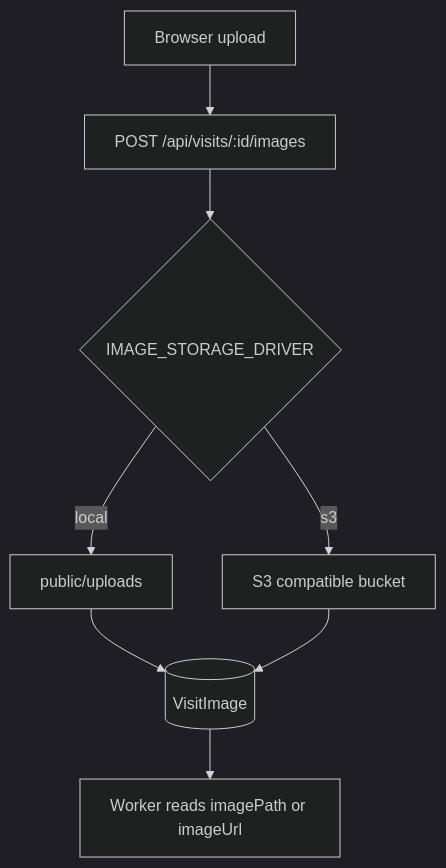
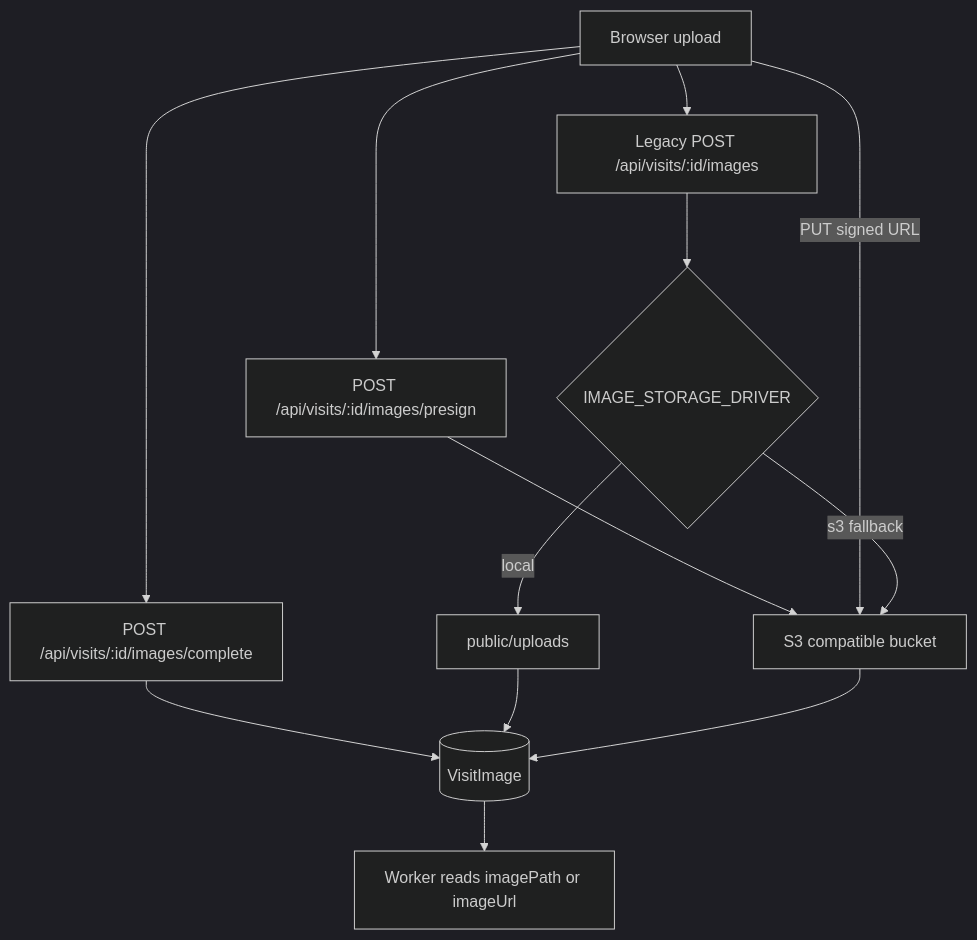
The first of 2 diagrams in docs/systems/storage-and-offline-sync.md (NFRohan/RetailOS-Lite), drawn with Mermaid (dark theme) before and after one commit. The commit also changed other lines of this file and 6 other files, not shown here.

````diff
--- a/docs/systems/storage-and-offline-sync.md
+++ b/docs/systems/storage-and-offline-sync.md
@@ -11,15 +11,21 @@
 ```mermaid
 flowchart TD
   Browser[Browser upload]
-  API[POST /api/visits/:id/images]
+  Presign[POST /api/visits/:id/images/presign]
+  Complete[POST /api/visits/:id/images/complete]
+  API[Legacy POST /api/visits/:id/images]
   Driver{IMAGE_STORAGE_DRIVER}
   Local[public/uploads]
   S3[S3 compatible bucket]
   DB[(VisitImage)]
   Worker[Worker reads imagePath or imageUrl]
 
+  Browser --> Presign
+  Presign --> S3
+  Browser -->|PUT signed URL| S3
+  Browser --> Complete --> DB
   Browser --> API --> Driver
   Driver -- local --> Local --> DB
-  Driver -- s3 --> S3 --> DB
+  Driver -- s3 fallback --> S3 --> DB
   DB --> Worker
 ```
````
